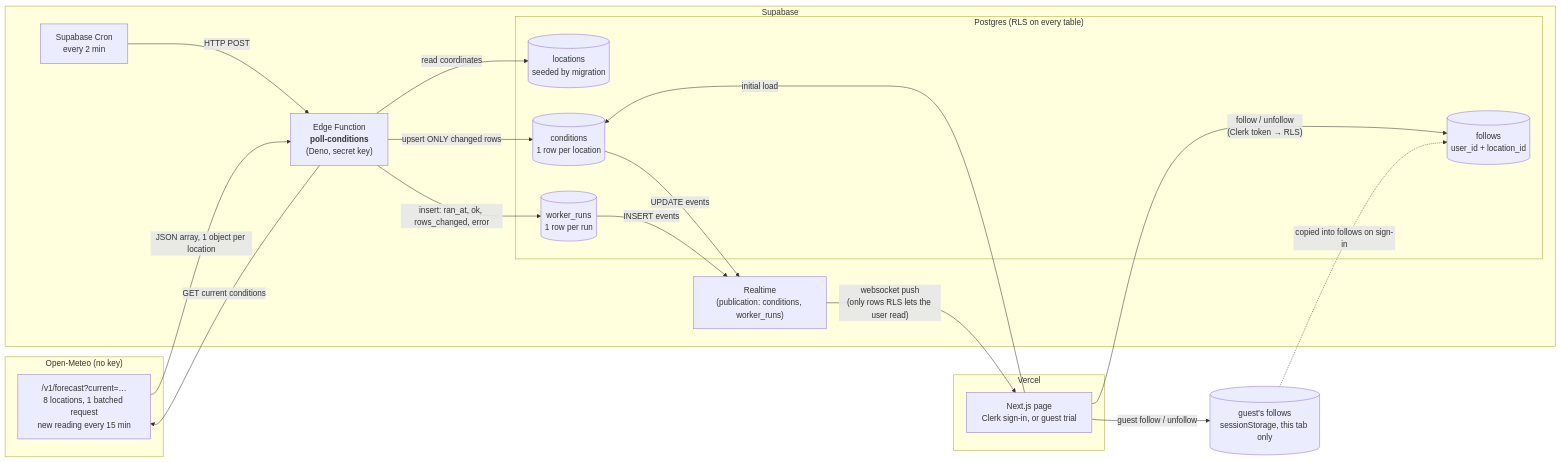
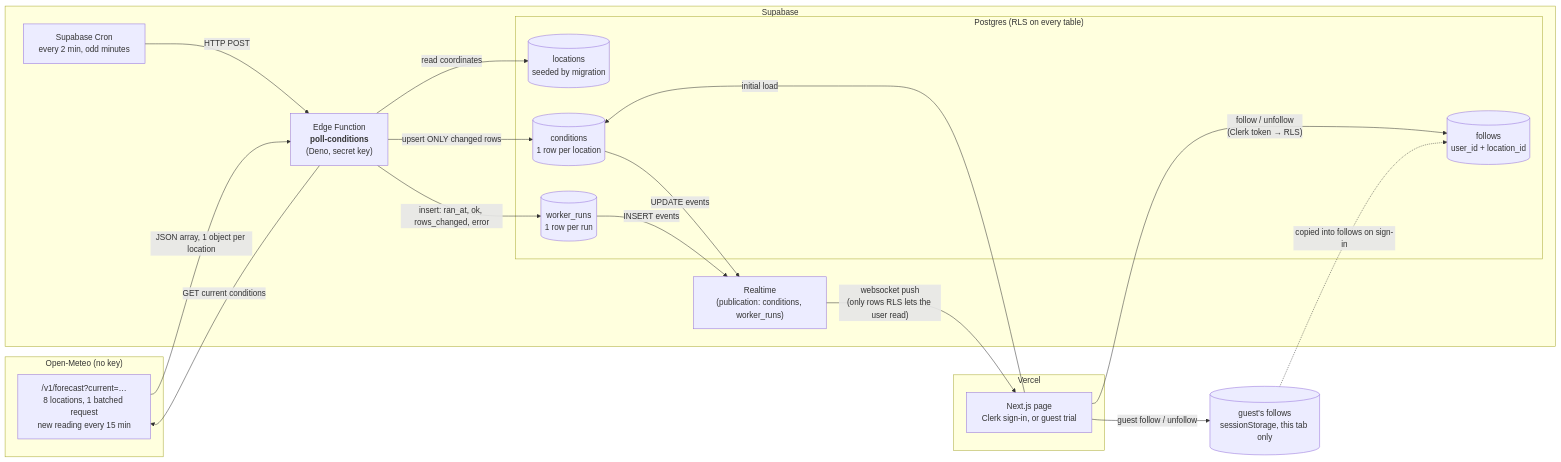
The diagram in docs/data-flow.md (apham799/DesignBuildShip_Assignment5), drawn with Mermaid before and after one commit. The commit also changed other lines of this file and 2 other files, not shown here.

First line of the commit message:
Worker: poll on odd minutes, 20 s Open-Meteo timeout (v2)

````diff
--- a/docs/data-flow.md
+++ b/docs/data-flow.md
@@ -5,38 +5,38 @@
 ```mermaid
 flowchart LR
     subgraph Source["Open-Meteo (no key)"]
         OM["/v1/forecast?current=…<br/>8 locations, 1 batched request<br/>new reading every 15 min"]
     end
 
     subgraph Supabase
-        CRON["Supabase Cron<br/>every 2 min"]
+        CRON["Supabase Cron<br/>every 2 min, odd minutes"]
         W["Edge Function<br/><b>poll-conditions</b><br/>(Deno, secret key)"]
         subgraph DB["Postgres (RLS on every table)"]
             LOC[("locations<br/>seeded by migration")]
             CON[("conditions<br/>1 row per location")]
             RUNS[("worker_runs<br/>1 row per run")]
             FOL[("follows<br/>user_id + location_id")]
         end
         RT["Realtime<br/>(publication: conditions, worker_runs)"]
     end
 
     subgraph Vercel
         PAGE["Next.js page<br/>Clerk sign-in, or guest trial"]
     end
 
     TAB[("guest's follows<br/>sessionStorage, this tab only")]
 
     CRON -- "HTTP POST" --> W
     W -- "read coordinates" --> LOC
     W -- "GET current conditions" --> OM
     OM -- "JSON array, 1 object per location" --> W
     W -- "upsert ONLY changed rows" --> CON
     W -- "insert: ran_at, ok, rows_changed, error" --> RUNS
     CON -- "UPDATE events" --> RT
     RUNS -- "INSERT events" --> RT
     RT -- "websocket push<br/>(only rows RLS lets the user read)" --> PAGE
     PAGE -- "follow / unfollow<br/>(Clerk token → RLS)" --> FOL
     PAGE -- "guest follow / unfollow" --> TAB
     TAB -. "copied into follows on sign-in" .-> FOL
     PAGE -- "initial load" --> CON
 ```
````
